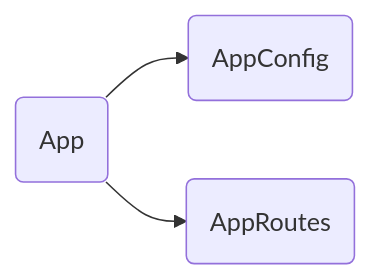
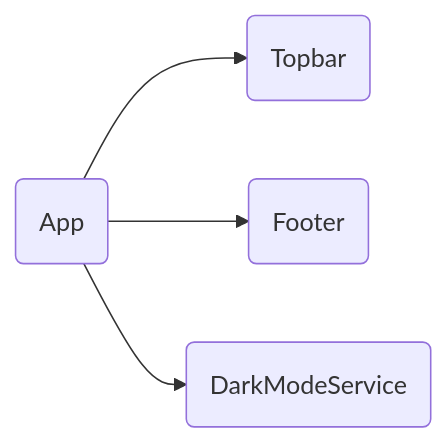
One commit to lancastmx/POC_admin_migala changed the diagram in docs/components/app.component.md. Above: the diagram before and after it, drawn with Mermaid. The commit also changed other lines of this file and 29 other files, not shown here.

````diff
--- a/docs/components/app.component.md
+++ b/docs/components/app.component.md
@@ -31,5 +30,6 @@
 ```mermaid
 graph LR
-  comp-001(App) --> cfg-001(AppConfig)
-  comp-001(App) --> cfg-002(AppRoutes)
+  comp-001(App) --> comp-002(Topbar)
+  comp-001(App) --> comp-003(Footer)
+  comp-001(App) --> serv-002(DarkModeService)
 ```
````
